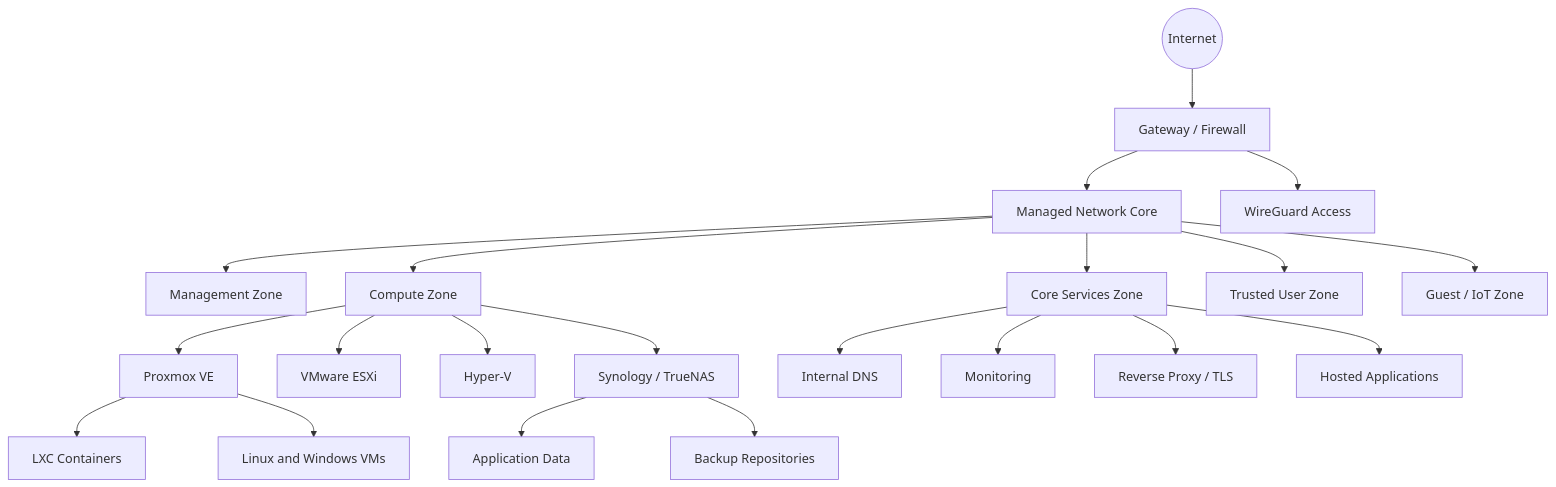
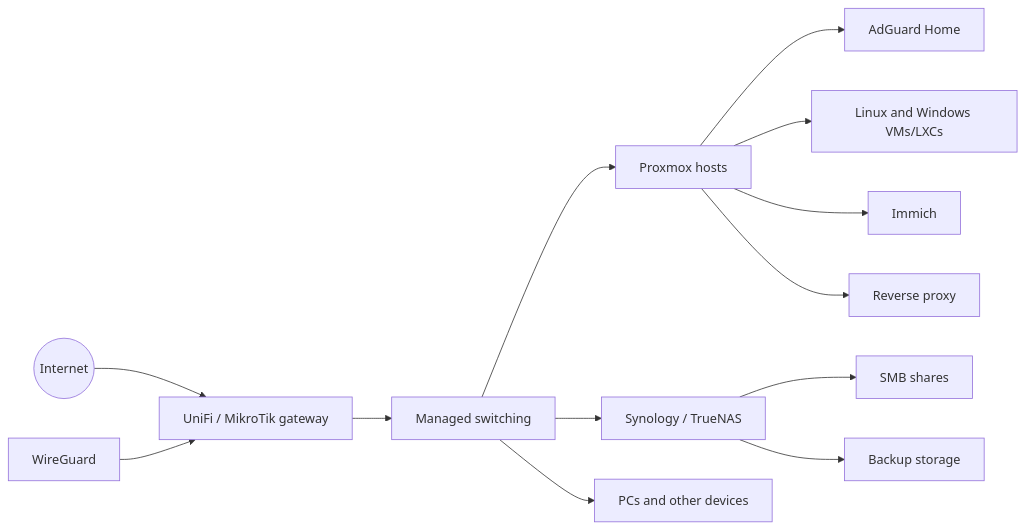
Before and after one commit to ewantc98/portfolio: the diagram in README.md, drawn with Mermaid. The commit also changed other lines of this file and 43 other files, not shown here.

````diff
--- a/README.md
+++ b/README.md
@@ -84,28 +49,19 @@
 ```mermaid
-flowchart TB
-    WAN((Internet)) --> EDGE[Gateway / Firewall]
-    EDGE --> CORE[Managed Network Core]
+flowchart LR
+    Internet((Internet)) --> Gateway[UniFi / MikroTik gateway]
+    Gateway --> Switch[Managed switching]
 
-    CORE --> MGMT[Management Zone]
-    CORE --> COMPUTE[Compute Zone]
-    CORE --> SERVICES[Core Services Zone]
-    CORE --> USERS[Trusted User Zone]
-    CORE --> UNTRUSTED[Guest / IoT Zone]
+    Switch --> PVE[Proxmox hosts]
+    Switch --> NAS[Synology / TrueNAS]
+    Switch --> Clients[PCs and other devices]
 
-    COMPUTE --> PVE[Proxmox VE]
-    COMPUTE --> ESXI[VMware ESXi]
-    COMPUTE --> HYPERV[Hyper-V]
-    COMPUTE --> NAS[Synology / TrueNAS]
+    PVE --> DNS[AdGuard Home]
+    PVE --> Apps[Linux and Windows VMs/LXCs]
+    PVE --> Immich[Immich]
+    PVE --> Proxy[Reverse proxy]
 
-    PVE --> LXCS[LXC Containers]
-    PVE --> VMS[Linux and Windows VMs]
+    NAS --> Shares[SMB shares]
+    NAS --> Backups[Backup storage]
 
-    SERVICES --> DNS[Internal DNS]
-    SERVICES --> MON[Monitoring]
-    SERVICES --> PROXY[Reverse Proxy / TLS]
-    SERVICES --> APPS[Hosted Applications]
-
-    NAS --> DATA[Application Data]
-    NAS --> BACKUPS[Backup Repositories]
-    EDGE --> VPN[WireGuard Access]
+    VPN[WireGuard] --> Gateway
 ```
````
